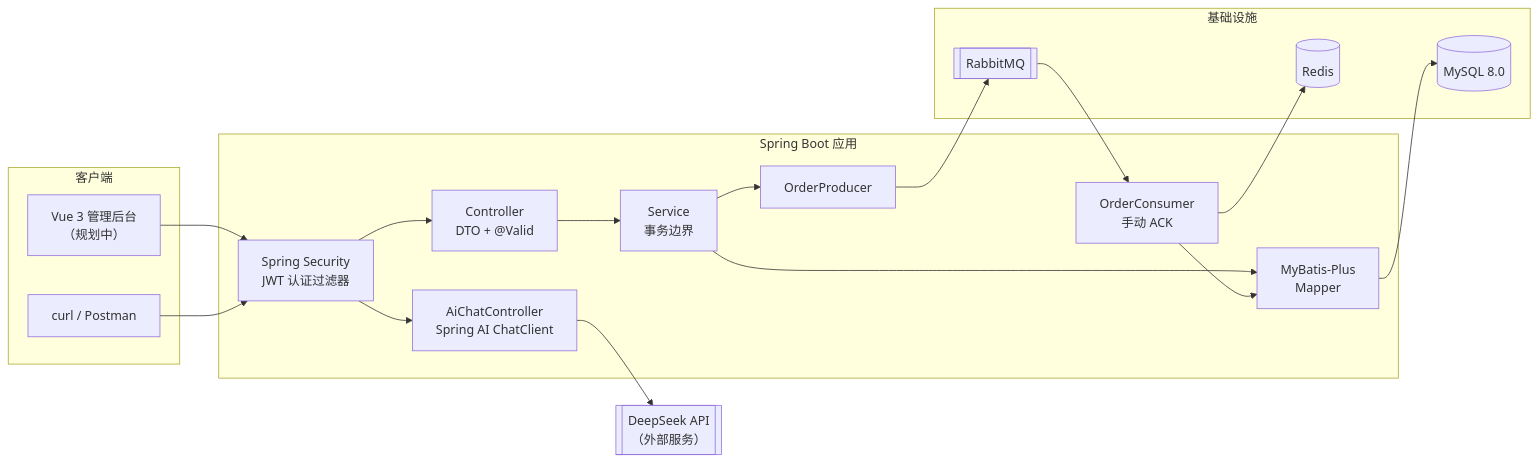
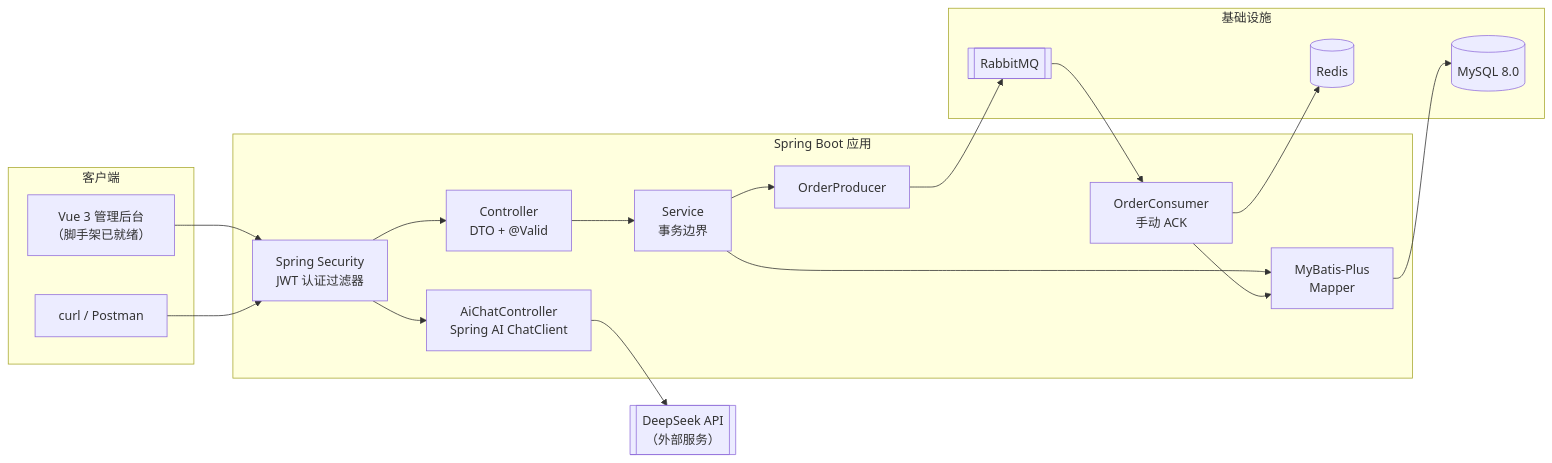
One commit to RickShota/logiflow-server changed the first of 5 diagrams in README.md. Above: the diagram before and after it, drawn with Mermaid. The commit also changed other lines of this file and 2 other files, not shown here.

````diff
--- a/README.md
+++ b/README.md
@@ -63,35 +64,35 @@
 ```mermaid
 flowchart LR
     subgraph Client["客户端"]
-        FE["Vue 3 管理后台<br/>（规划中）"]
+        FE["Vue 3 管理后台<br/>（脚手架已就绪）"]
         CLI["curl / Postman"]
     end
 
     subgraph Server["Spring Boot 应用"]
         SEC["Spring Security<br/>JWT 认证过滤器"]
         CTRL["Controller<br/>DTO + @Valid"]
         SVC["Service<br/>事务边界"]
         MAPPER["MyBatis-Plus<br/>Mapper"]
         PROD["OrderProducer"]
         CONS["OrderConsumer<br/>手动 ACK"]
         AI["AiChatController<br/>Spring AI ChatClient"]
     end
 
     subgraph Infra["基础设施"]
         DB[("MySQL 8.0")]
         CACHE[("Redis")]
         BROKER[["RabbitMQ"]]
     end
 
     LLM[["DeepSeek API<br/>（外部服务）"]]
 
     FE --> SEC
     CLI --> SEC
     SEC --> CTRL --> SVC
     SEC --> AI --> LLM
     SVC --> MAPPER --> DB
     SVC --> PROD --> BROKER
     BROKER --> CONS
     CONS --> CACHE
     CONS --> MAPPER
 ```
````
